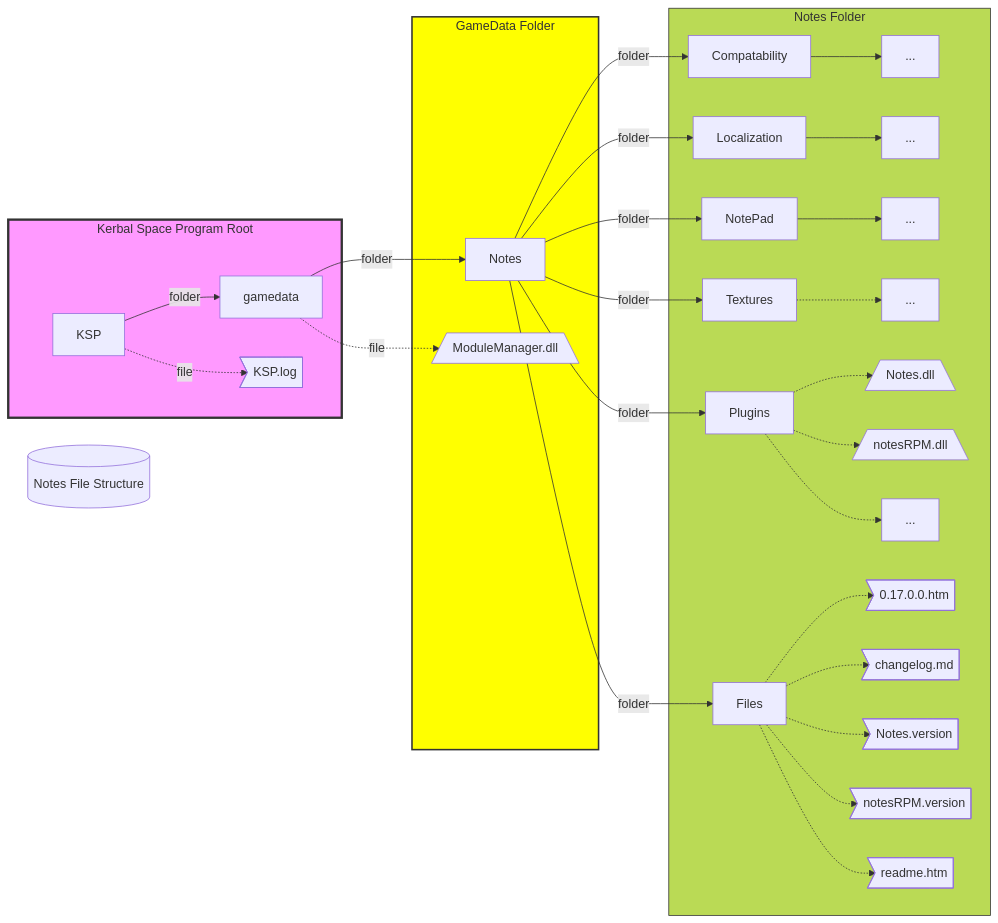
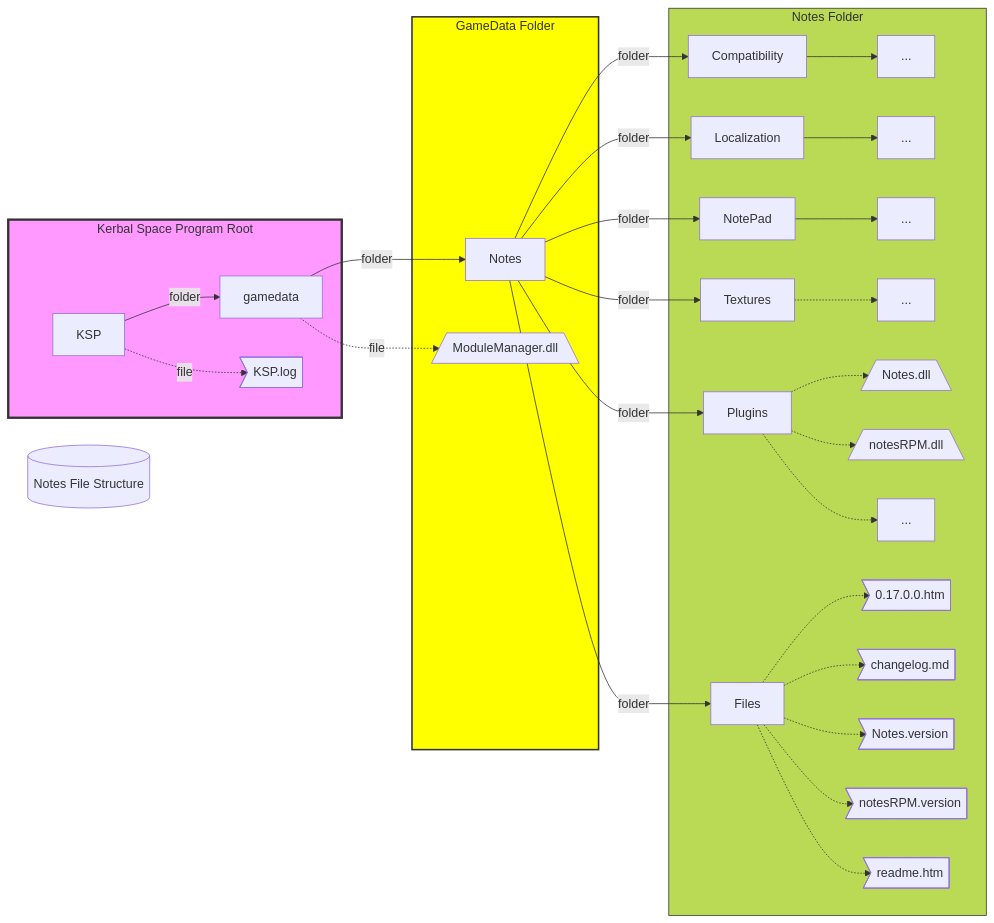
Before and after one commit to zer0Kerbal/Notes: the diagram in docs/ManualInstallation.md, drawn with Mermaid.

````diff
--- a/docs/ManualInstallation.md
+++ b/docs/ManualInstallation.md
@@ -78,25 +78,25 @@
 ```mermaid
   graph LR
   %% file structure of Notes Mod
     id[(Notes File Structure)];
     style id1 fill:#f9f,stroke:#333,stroke-width:3px
     style id2 fill:#ff0,stroke:#333,stroke-width:2px
     style id3 fill:#bada55,stroke:#333,stroke-width:1px
       subgraph id1[Kerbal Space Program Root]
         KSP --folder--> gamedata
         KSP -. file .-> log>KSP.log]
       end
       subgraph id2 [GameData Folder]
         gamedata -- folder --> Notes
         gamedata -. file .-> ModuleManager[/ModuleManager.dll\]
       end
       subgraph id3 [Notes Folder]
-        Notes -- folder --> Compatability & Localization & NotePad & Plugins & Textures & Files
+        Notes -- folder --> Compatibility & Localization & NotePad & Plugins & Textures & Files
         Files .-> a>0.17.0.0.htm] & b>changelog.md] & c>Notes.version] & d>notesRPM.version] & e>readme.htm]
-      Compatability --> 1[...]
+      Compatibility --> 1[...]
       Localization --> 2[...]
       NotePad --> 3[...]
       Plugins .-> 40[/Notes.dll\] & 41[/notesRPM.dll\] & 42[...]
       Textures .-> 5[...]
       end
 ```
````
